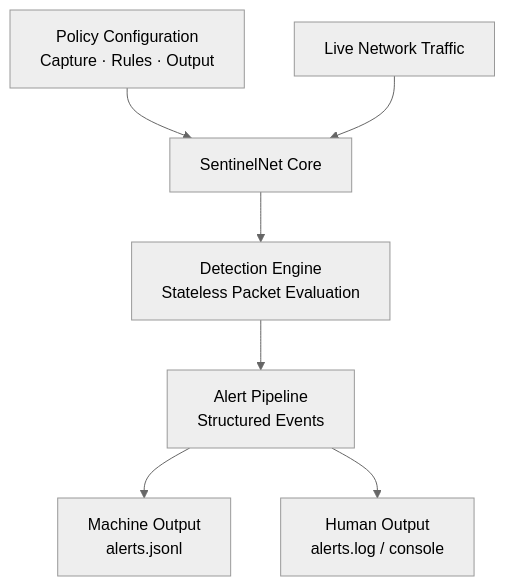
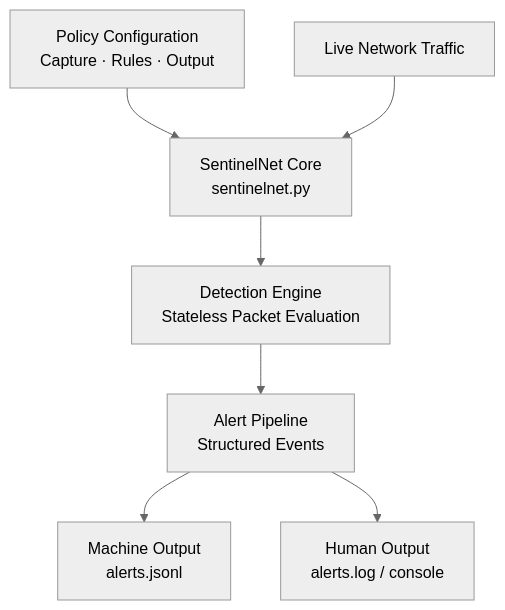
One commit to VenalityXT/SentinelNet changed the diagram in README.md. Above: the diagram before and after it, drawn with Mermaid (neutral theme).

````diff
--- a/README.md
+++ b/README.md
@@ -31,12 +31,12 @@
 ```mermaid
 flowchart TB
-    A["Policy Configuration<br/>Capture · Rules · Output"] --> B["SentinelNet Core"]
+    A["Policy Configuration<br/>Capture · Rules · Output"] --> B["SentinelNet Core<br>sentinelnet.py"]
 
     B --> C["Detection Engine<br/>Stateless Packet Evaluation"]
     C --> D["Alert Pipeline<br/>Structured Events"]
 
     D --> E1["Machine Output<br/>alerts.jsonl"]
     D --> E2["Human Output<br/>alerts.log / console"]
 
     F["Live Network Traffic"] --> B
 ```
````
